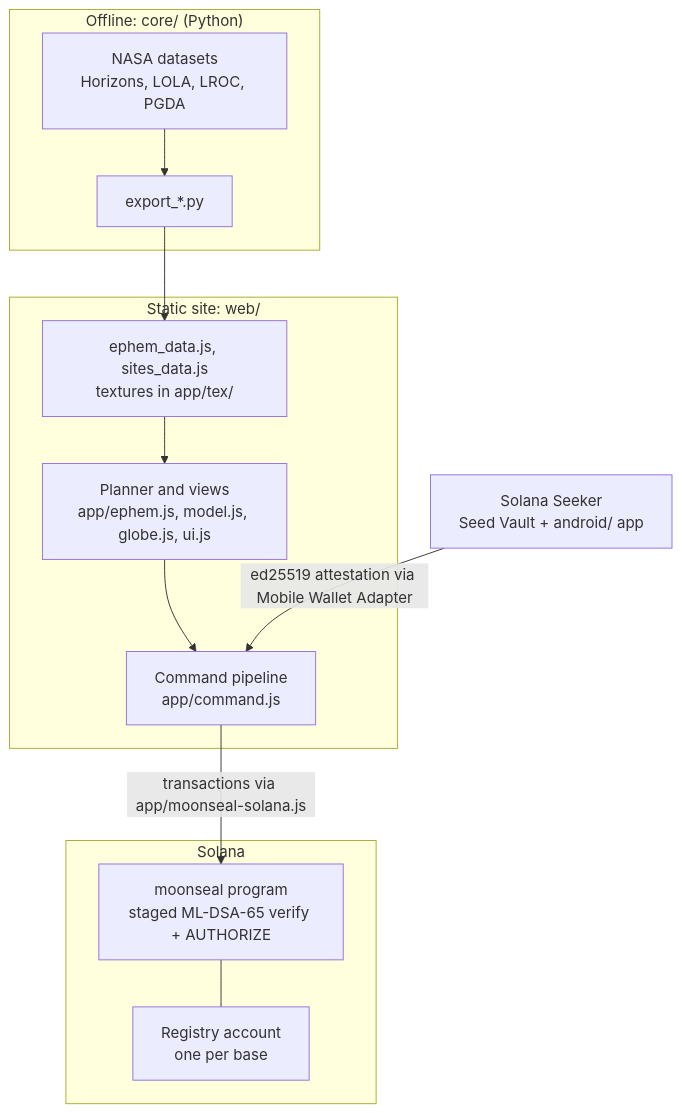
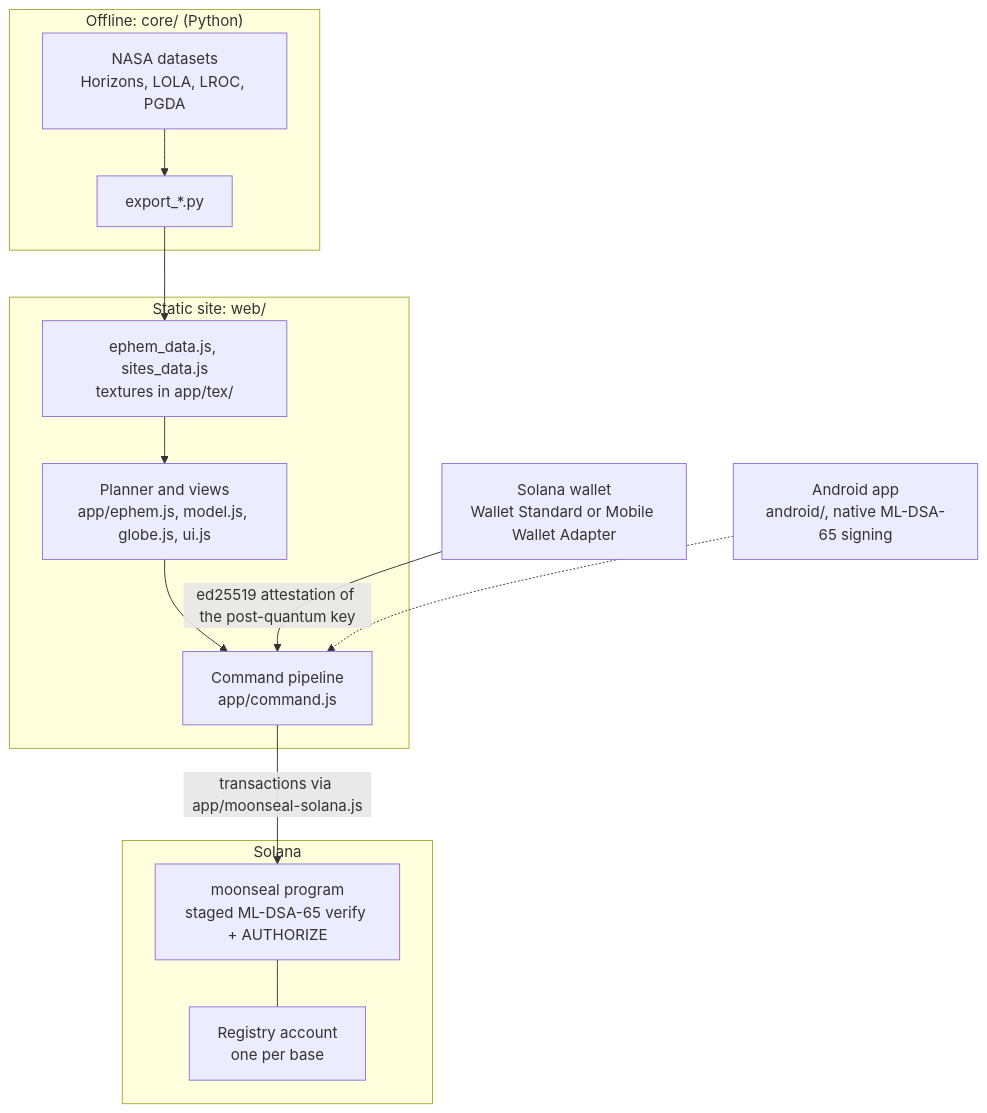
Before and after one commit to Galmanus/moonseal: the first of 3 diagrams in docs/architecture.md, drawn with Mermaid. The commit also changed other lines of this file and 34 other files, not shown here.

First line of the commit message:
the project no longer names the Solana Seeker; Solana stays

````diff
--- a/docs/architecture.md
+++ b/docs/architecture.md
@@ -5,18 +5,19 @@
 ```mermaid
 flowchart TB
   subgraph OFF["Offline: core/ (Python)"]
     D1["NASA datasets<br/>Horizons, LOLA, LROC, PGDA"] --> D2["export_*.py"]
   end
   subgraph WEB["Static site: web/"]
     D2 --> W1["ephem_data.js, sites_data.js<br/>textures in app/tex/"]
     W1 --> W2["Planner and views<br/>app/ephem.js, model.js, globe.js, ui.js"]
     W2 --> W3["Command pipeline<br/>app/command.js"]
   end
   subgraph CHAIN["Solana"]
     S1["moonseal program<br/>staged ML-DSA-65 verify + AUTHORIZE"]
     S2["Registry account<br/>one per base"]
   end
   W3 -->|"transactions via app/moonseal-solana.js"| S1
   S1 --- S2
-  PH["Solana Seeker<br/>Seed Vault + android/ app"] -->|"ed25519 attestation via Mobile Wallet Adapter"| W3
+  WL["Solana wallet<br/>Wallet Standard or Mobile Wallet Adapter"] -->|"ed25519 attestation of the post-quantum key"| W3
+  AN["Android app<br/>android/, native ML-DSA-65 signing"] -.-> W3
 ```
````
